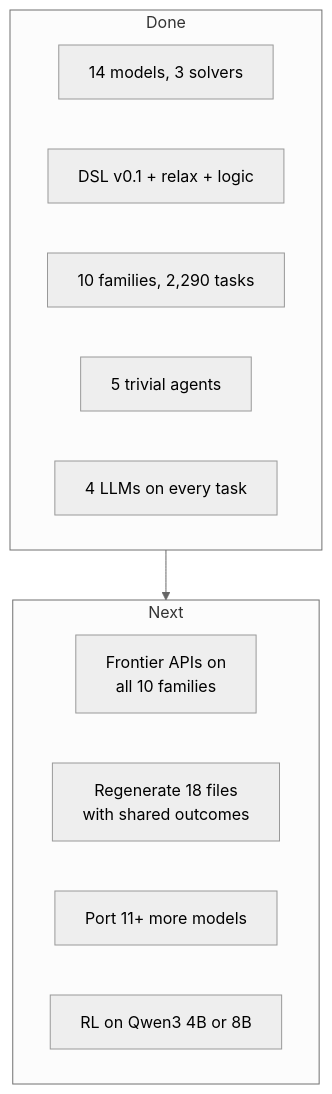
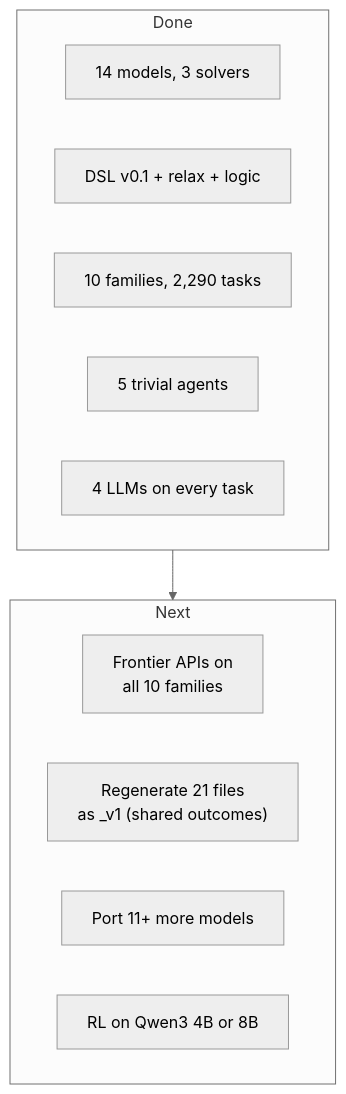
One commit to aptgetnitin/whatifgym changed diagram 12 of 12 in README.md. Above: the diagram before and after it, drawn with Mermaid (neutral theme). The commit also changed other lines of this file, not shown here.

Commit message:
README: 21 files with shared outcomes, and the _v1 fix

````diff
--- a/README.md
+++ b/README.md
@@ -637,19 +637,19 @@
 ```mermaid
 flowchart TB
     subgraph D["Done"]
         direction LR
         D1["14 models, 3 solvers"]
         D2["DSL v0.1 + relax + logic"]
         D3["10 families, 2,290 tasks"]
         D4["5 trivial agents"]
         D5["4 LLMs on every task"]
     end
     subgraph X["Next"]
         direction LR
         X1["Frontier APIs on<br/>all 10 families"]
-        X2["Regenerate 18 files<br/>with shared outcomes"]
+        X2["Regenerate 21 files<br/>as _v1 (shared outcomes)"]
         X4["Port 11+ more models"]
         X5["RL on Qwen3 4B or 8B"]
     end
     D --> X
 ```
````
